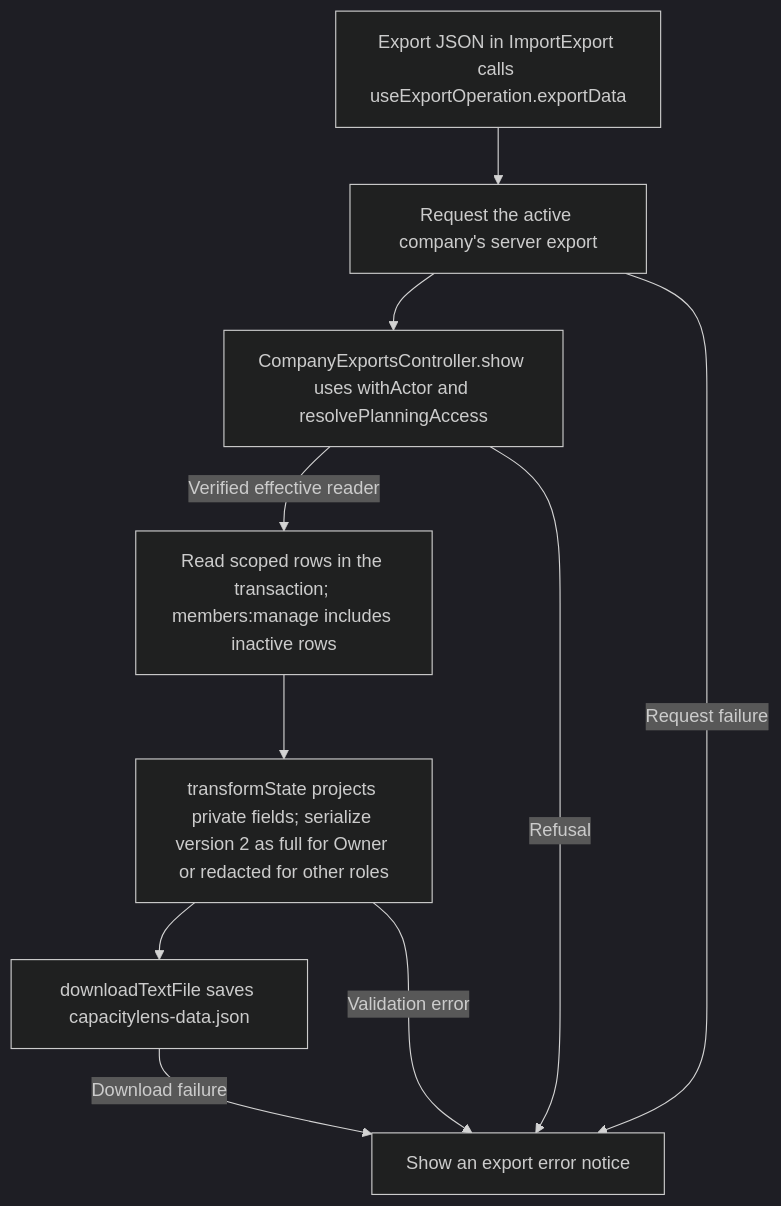
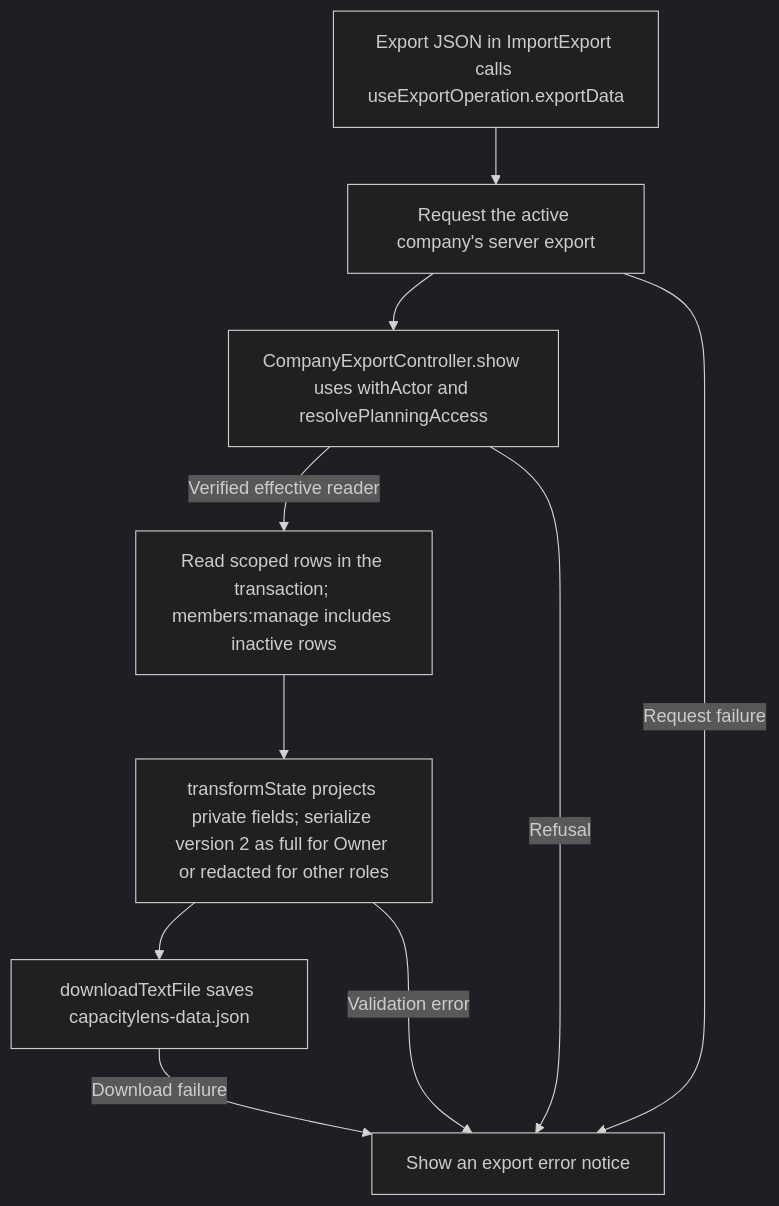
The second of 2 diagrams in user-stories/data/US-DAT-01-export-json.md (Kevinjohn/capacitylens), drawn with Mermaid (dark theme) before and after one commit. The commit also changed other lines of this file and 50 other files, not shown here.

````diff
--- a/user-stories/data/US-DAT-01-export-json.md
+++ b/user-stories/data/US-DAT-01-export-json.md
@@ -28,12 +28,12 @@
 ```mermaid
 flowchart TD
   entry["Export JSON in ImportExport calls useExportOperation.exportData"] --> request["Request the active company's server export"]
-  request --> scope["CompanyExportsController.show uses withActor and resolvePlanningAccess"]
+  request --> scope["CompanyExportController.show uses withActor and resolvePlanningAccess"]
   scope -->|Verified effective reader| read["Read scoped rows in the transaction; members:manage includes inactive rows"]
   read --> exportDoc["transformState projects private fields; serialize version 2 as full for Owner or redacted for other roles"]
   exportDoc --> download["downloadTextFile saves capacitylens-data.json"]
   scope -->|Refusal| error["Show an export error notice"]
   request -->|Request failure| error
   exportDoc -->|Validation error| error
   download -->|Download failure| error
 ```
````
